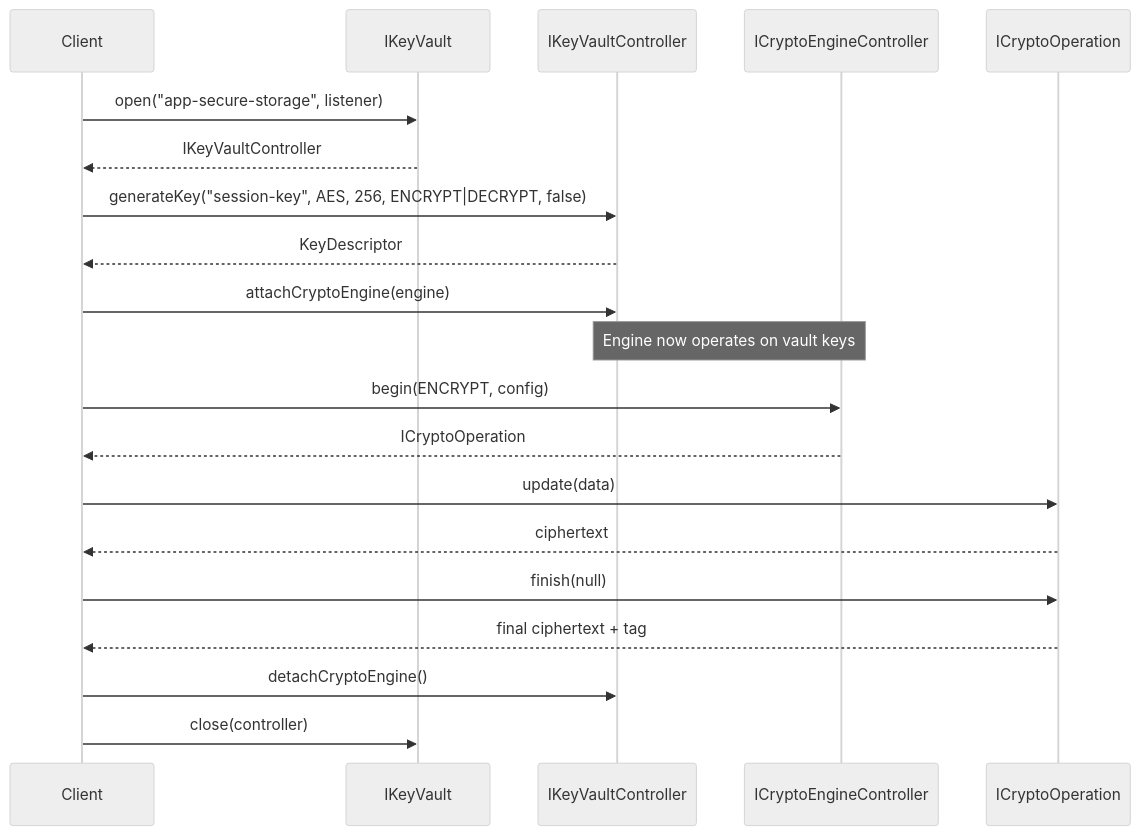
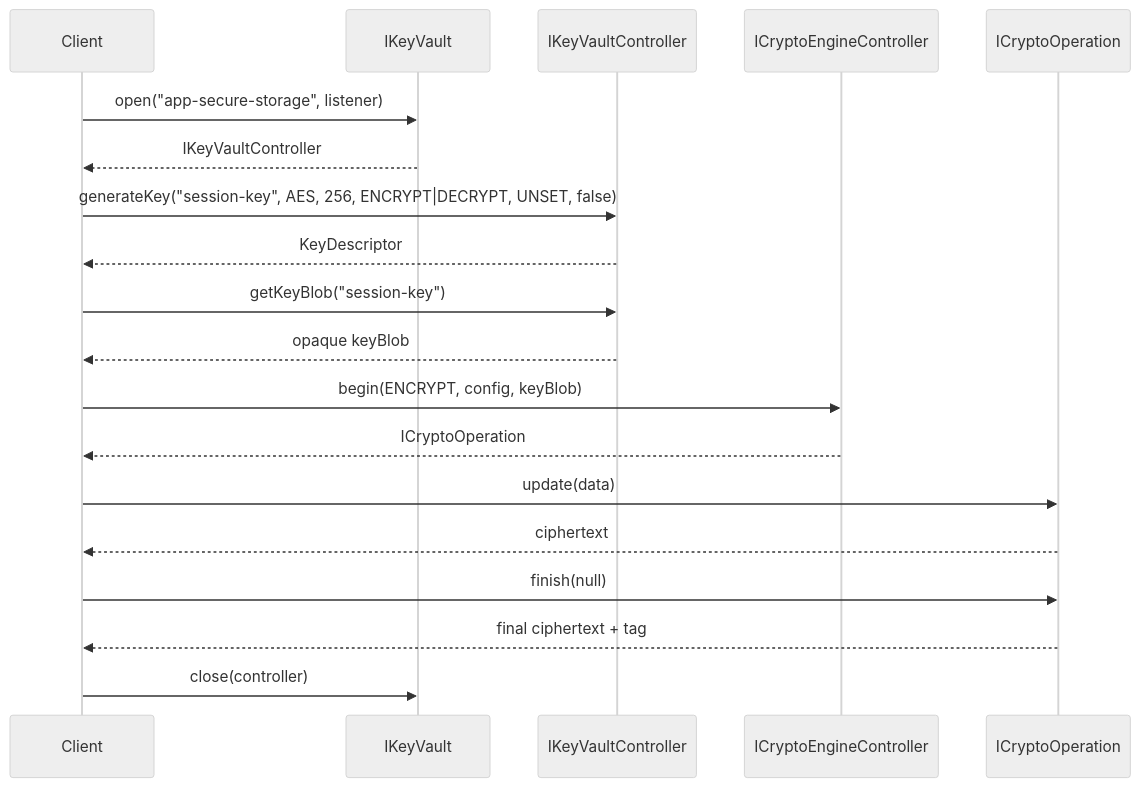
One commit to Blitzy-Sky/rdk-halif-aidl changed the fourth of 5 diagrams in keyvault/current/docs/keyvault.md. Above: the diagram before and after it, drawn with Mermaid (neutral theme). The commit also changed other lines of this file and 4 other files, not shown here.

First line of the commit message:
feat(keyvault): vault yields opaque keyBlob; keystore stays pure (no crypto verbs)

````diff
--- a/keyvault/current/docs/keyvault.md
+++ b/keyvault/current/docs/keyvault.md
@@ -475,28 +304,25 @@
 ```mermaid
 sequenceDiagram
     participant C as Client
     participant KV as IKeyVault
     participant Ctrl as IKeyVaultController
     participant CE as ICryptoEngineController
     participant Op as ICryptoOperation
 
     C->>KV: open("app-secure-storage", listener)
     KV-->>C: IKeyVaultController
 
-    C->>Ctrl: generateKey("session-key", AES, 256, ENCRYPT|DECRYPT, false)
+    C->>Ctrl: generateKey("session-key", AES, 256, ENCRYPT|DECRYPT, UNSET, false)
     Ctrl-->>C: KeyDescriptor
+    C->>Ctrl: getKeyBlob("session-key")
+    Ctrl-->>C: opaque keyBlob
 
-    C->>Ctrl: attachCryptoEngine(engine)
-
-    Note over CE,Ctrl: Engine now operates on vault keys
-
-    C->>CE: begin(ENCRYPT, config)
+    C->>CE: begin(ENCRYPT, config, keyBlob)
     CE-->>C: ICryptoOperation
     C->>Op: update(data)
     Op-->>C: ciphertext
     C->>Op: finish(null)
     Op-->>C: final ciphertext + tag
 
-    C->>Ctrl: detachCryptoEngine()
     C->>KV: close(controller)
 ```
````
